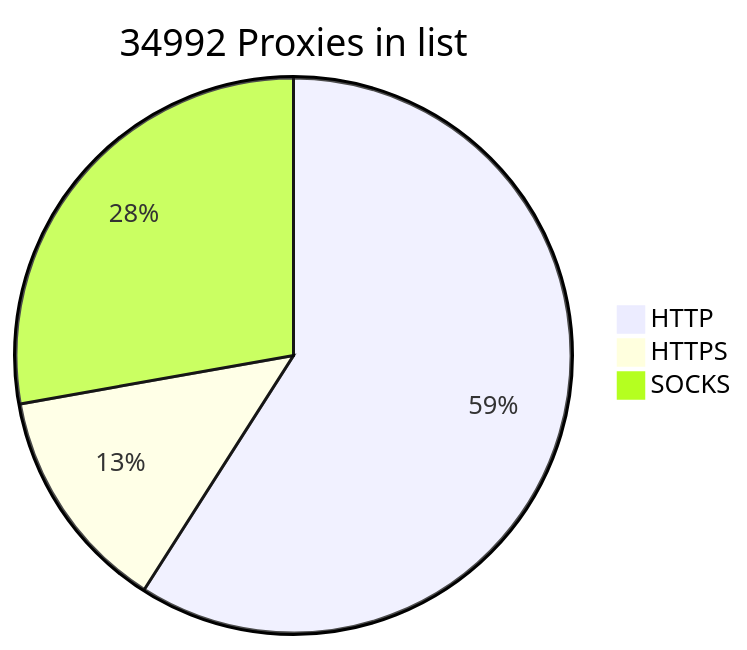
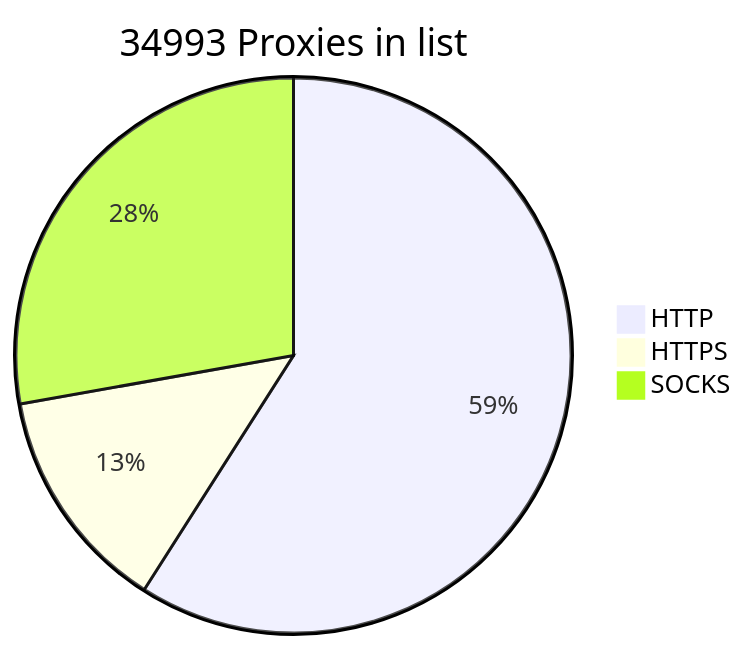
One commit to BlackSnowDot/proxylist-update-every-minute changed the diagram in README.md. Above: the diagram before and after it, drawn with Mermaid.

````diff
--- a/README.md
+++ b/README.md
@@ -2,6 +2,6 @@
 ```mermaid
-pie title 34992 Proxies in list
+pie title 34993 Proxies in list
     "HTTP" : 22931
     "HTTPS": 5118
-    "SOCKS" : 10795
+    "SOCKS" : 10796
 ```
````
